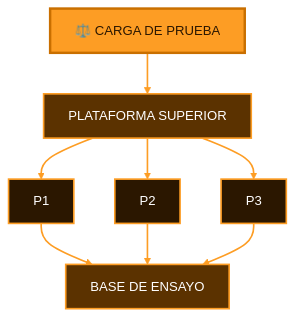
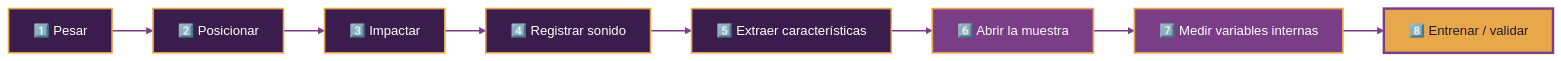
Before and after one commit to Cesarapcho/PI_Equipo_03: the sixth of 8 diagrams in README.md, drawn with Mermaid. The commit also changed other lines of this file, not shown here.

````diff
--- a/README.md
+++ b/README.md
@@ -407,25 +426,19 @@
 ```mermaid
-flowchart TB
-    L["⚖️ CARGA DE PRUEBA"]:::load
-    PL["PLATAFORMA SUPERIOR"]:::platform
+flowchart LR
+    A["1️⃣ Pesar"]:::step
+    B["2️⃣ Posicionar"]:::step
+    C["3️⃣ Impactar"]:::step
+    D["4️⃣ Registrar sonido"]:::step
+    E["5️⃣ Extraer características"]:::step
+    F["6️⃣ Abrir la muestra"]:::truth
+    G["7️⃣ Medir variables internas"]:::truth
+    H["8️⃣ Entrenar / validar"]:::model
 
-    P1["P1"]:::support
-    P2["P2"]:::support
-    P3["P3"]:::support
+    A --> B --> C --> D --> E --> F --> G --> H
 
-    B["BASE DE ENSAYO"]:::platform
+    classDef step fill:#3A1C4D,color:#FFFFFF,stroke:#E6A84A,stroke-width:2px;
+    classDef truth fill:#7A3E87,color:#FFFFFF,stroke:#E6A84A,stroke-width:2px;
+    classDef model fill:#E6A84A,color:#2A1535,stroke:#7A3E87,stroke-width:3px;
 
-    L --> PL
-    PL --> P1
-    PL --> P2
-    PL --> P3
-    P1 --> B
-    P2 --> B
-    P3 --> B
-
-    classDef load fill:#FD9D24,color:#2B1700,stroke:#C96F00,stroke-width:3px;
-    classDef platform fill:#5B3200,color:#FFFFFF,stroke:#FD9D24,stroke-width:2px;
-    classDef support fill:#2B1700,color:#FFFFFF,stroke:#FD9D24,stroke-width:2px;
-
-    linkStyle default stroke:#FD9D24,stroke-width:2px;
+    linkStyle default stroke:#7A3E87,stroke-width:2px;
 ```
````
